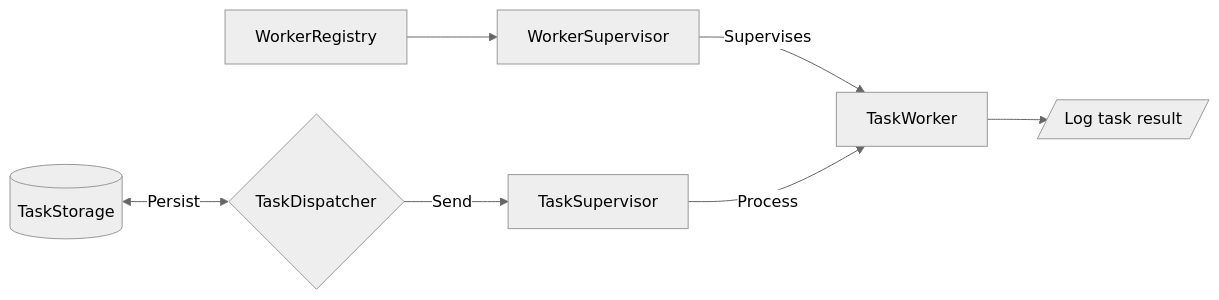
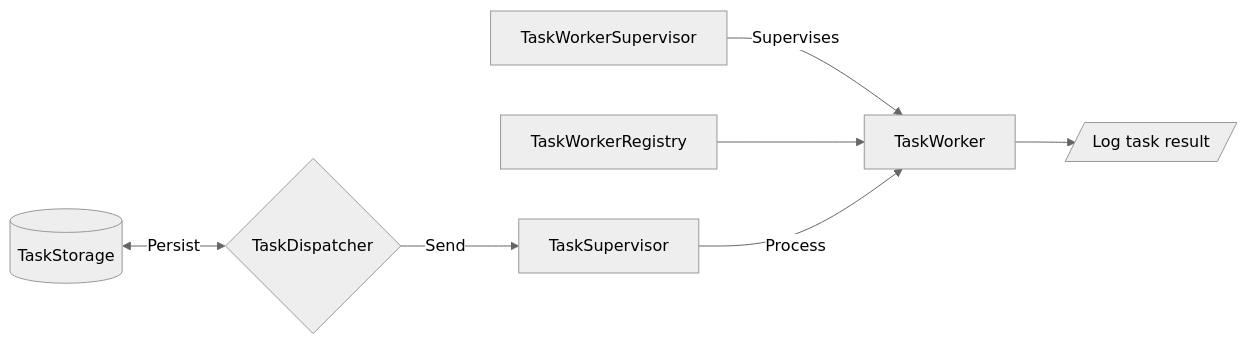
Before and after one commit to quentin-rodriguez/task-system: the diagram in README.md, drawn with Mermaid (neutral theme). The commit also changed other lines of this file and 5 other files, not shown here.

Commit message:
Add task worker logic

````diff
--- a/README.md
+++ b/README.md
@@ -5,9 +5,9 @@
 ```mermaid
 flowchart LR
-    TR[WorkerRegistry] --> TWS[WorkerSupervisor]
-    TWS -- Supervises --> TW[TaskWorker]
+    TWS[TaskWorkerSupervisor] -- Supervises --> TW[TaskWorker]
+    TR[TaskWorkerRegistry] --> TW
     TST[(TaskStorage)] <-- Persist --> TD{TaskDispatcher} 
     TD -- Send --> TS[TaskSupervisor]
     TS -- Process --> TW
     TW --> LOG@{ shape: lean-r, label: "Log task result" }
 ```
````
